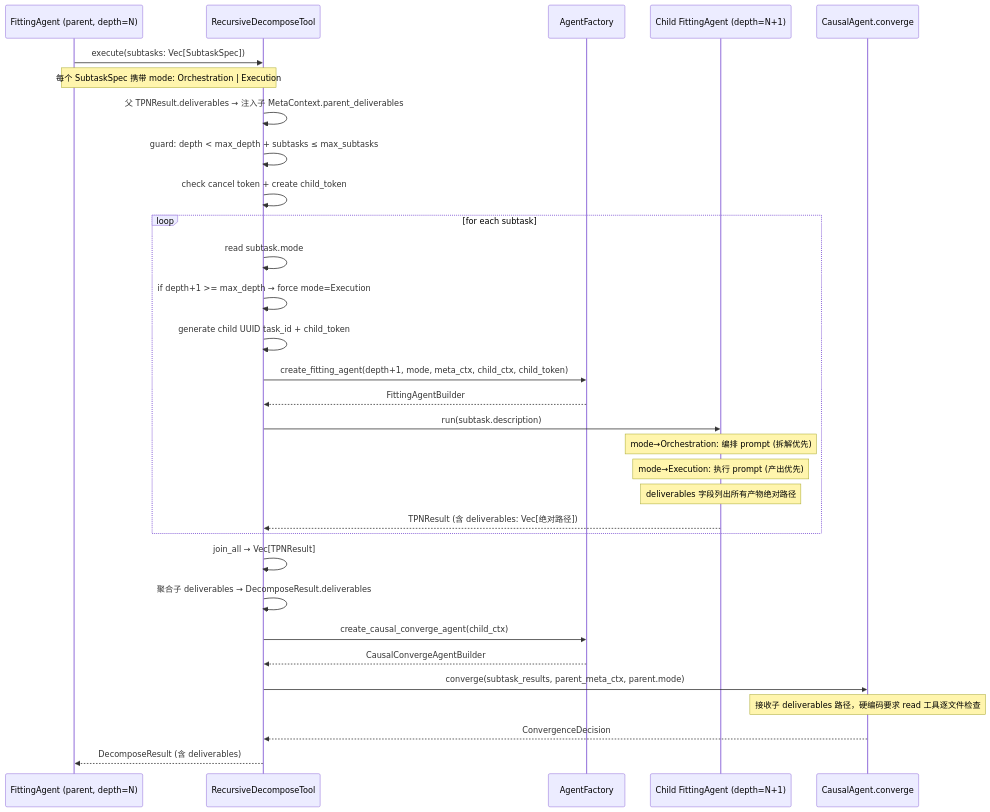
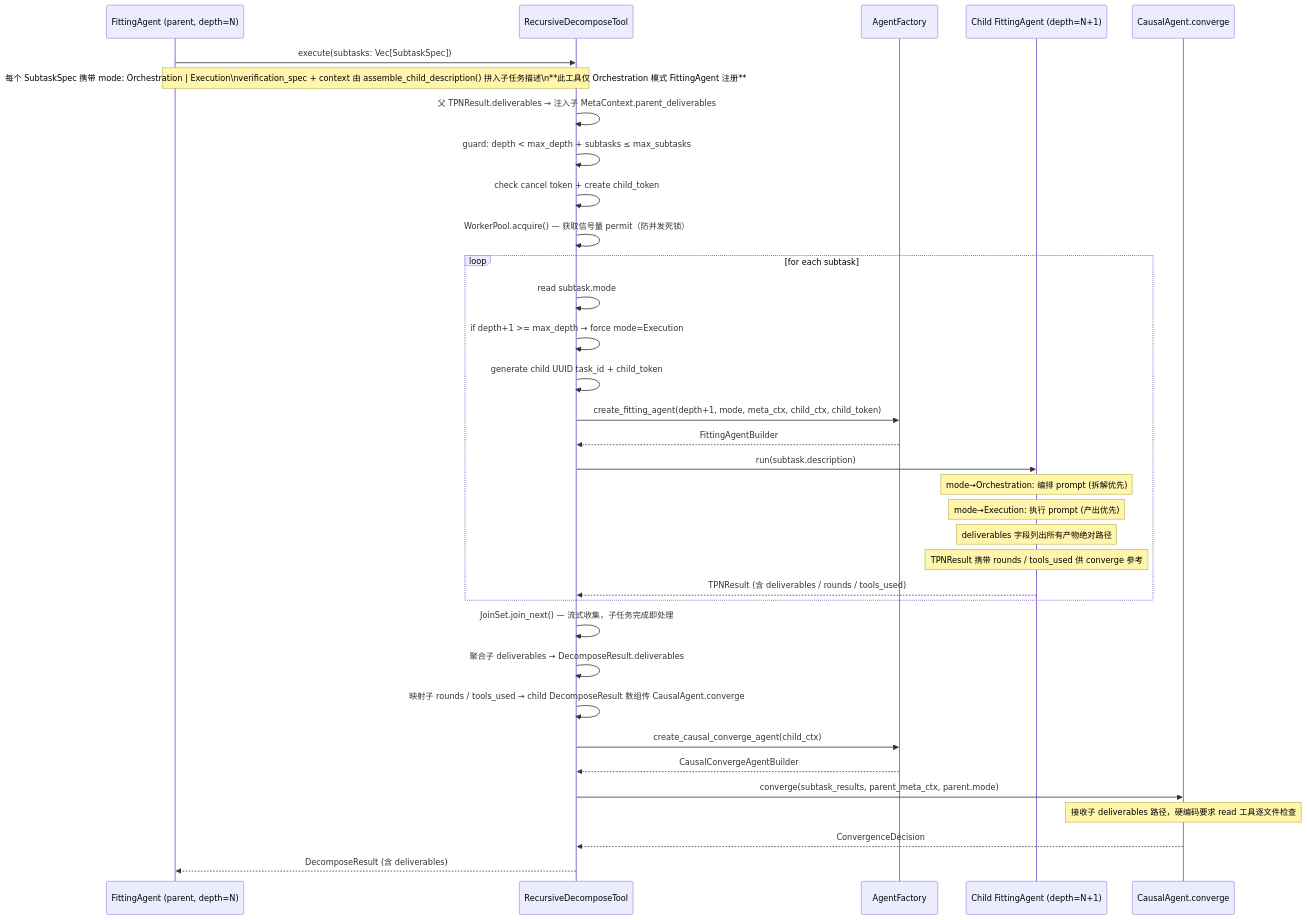
Before and after one commit to wenge6090-tech/taiji: the fourth of 6 diagrams in BCP-蓝图-完型协议.md, drawn with Mermaid. The commit also changed other lines of this file and 79 other files, not shown here.

````diff
--- a/BCP-蓝图-完型协议.md
+++ b/BCP-蓝图-完型协议.md
@@ -440,37 +594,40 @@
 ```mermaid
 sequenceDiagram
     participant FA as FittingAgent (parent, depth=N)
     participant RDT as RecursiveDecomposeTool
     participant AF as AgentFactory
     participant CFA as Child FittingAgent (depth=N+1)
     participant CCA as CausalAgent.converge
 
     FA->>RDT: execute(subtasks: Vec[SubtaskSpec])
-    Note over FA, RDT: 每个 SubtaskSpec 携带 mode: Orchestration | Execution
+    Note over FA, RDT: 每个 SubtaskSpec 携带 mode: Orchestration | Execution\nverification_spec + context 由 assemble_child_description() 拼入子任务描述\n**此工具仅 Orchestration 模式 FittingAgent 注册**
     RDT->>RDT: 父 TPNResult.deliverables → 注入子 MetaContext.parent_deliverables
 
     RDT->>RDT: guard: depth < max_depth + subtasks ≤ max_subtasks
     RDT->>RDT: check cancel token + create child_token
+    RDT->>RDT: WorkerPool.acquire() — 获取信号量 permit（防并发死锁）
 
     loop for each subtask
         RDT->>RDT: read subtask.mode
         RDT->>RDT: if depth+1 >= max_depth → force mode=Execution
         RDT->>RDT: generate child UUID task_id + child_token
         RDT->>AF: create_fitting_agent(depth+1, mode, meta_ctx, child_ctx, child_token)
         AF-->>RDT: FittingAgentBuilder
         RDT->>CFA: run(subtask.description)
         Note over CFA: mode→Orchestration: 编排 prompt (拆解优先)
         Note over CFA: mode→Execution: 执行 prompt (产出优先)
         Note over CFA: deliverables 字段列出所有产物绝对路径
-        CFA-->>RDT: TPNResult (含 deliverables: Vec[绝对路径])
+        Note over CFA: TPNResult 携带 rounds / tools_used 供 converge 参考
+        CFA-->>RDT: TPNResult (含 deliverables / rounds / tools_used)
     end
 
-    RDT->>RDT: join_all → Vec[TPNResult]
+    RDT->>RDT: JoinSet.join_next() — 流式收集，子任务完成即处理
     RDT->>RDT: 聚合子 deliverables → DecomposeResult.deliverables
+    RDT->>RDT: 映射子 rounds / tools_used → child DecomposeResult 数组传 CausalAgent.converge
     RDT->>AF: create_causal_converge_agent(child_ctx)
     AF-->>RDT: CausalConvergeAgentBuilder
     RDT->>CCA: converge(subtask_results, parent_meta_ctx, parent.mode)
     Note over CCA: 接收子 deliverables 路径，硬编码要求 read 工具逐文件检查
     CCA-->>RDT: ConvergenceDecision
     RDT-->>FA: DecomposeResult (含 deliverables)
 ```
````
